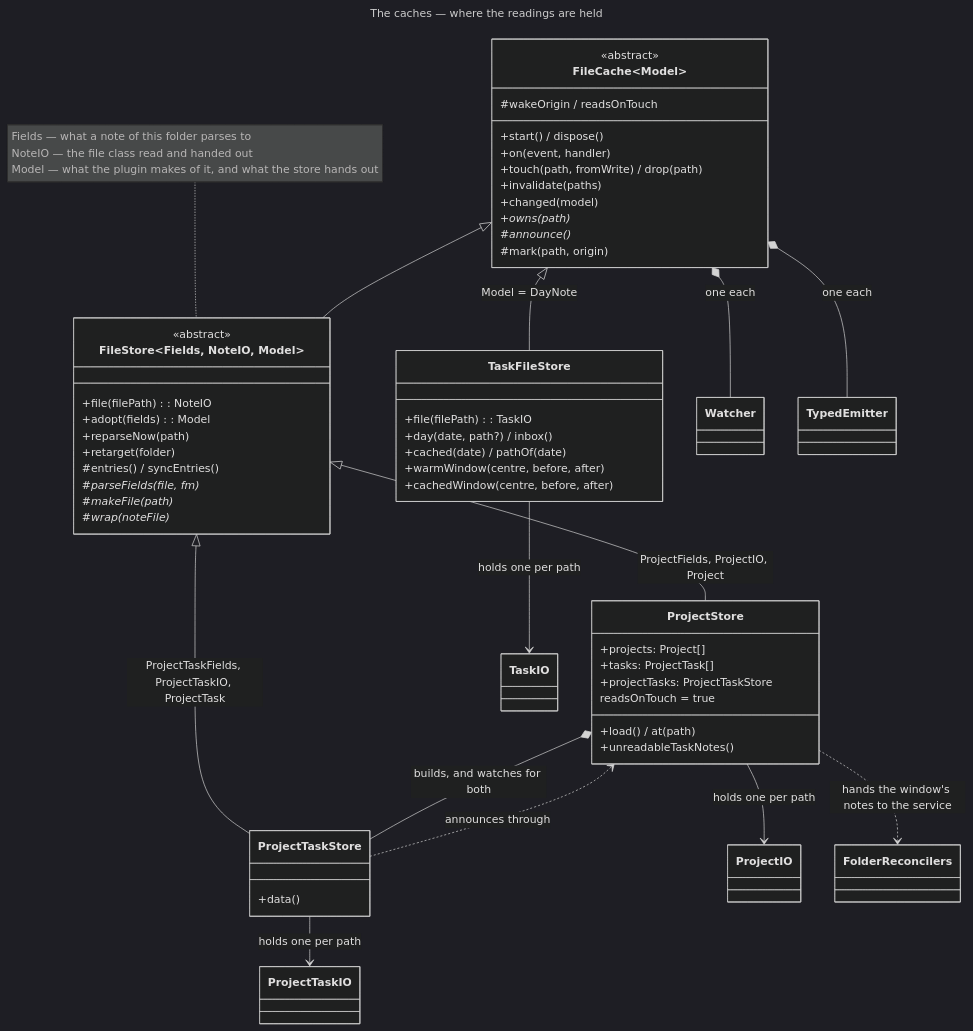
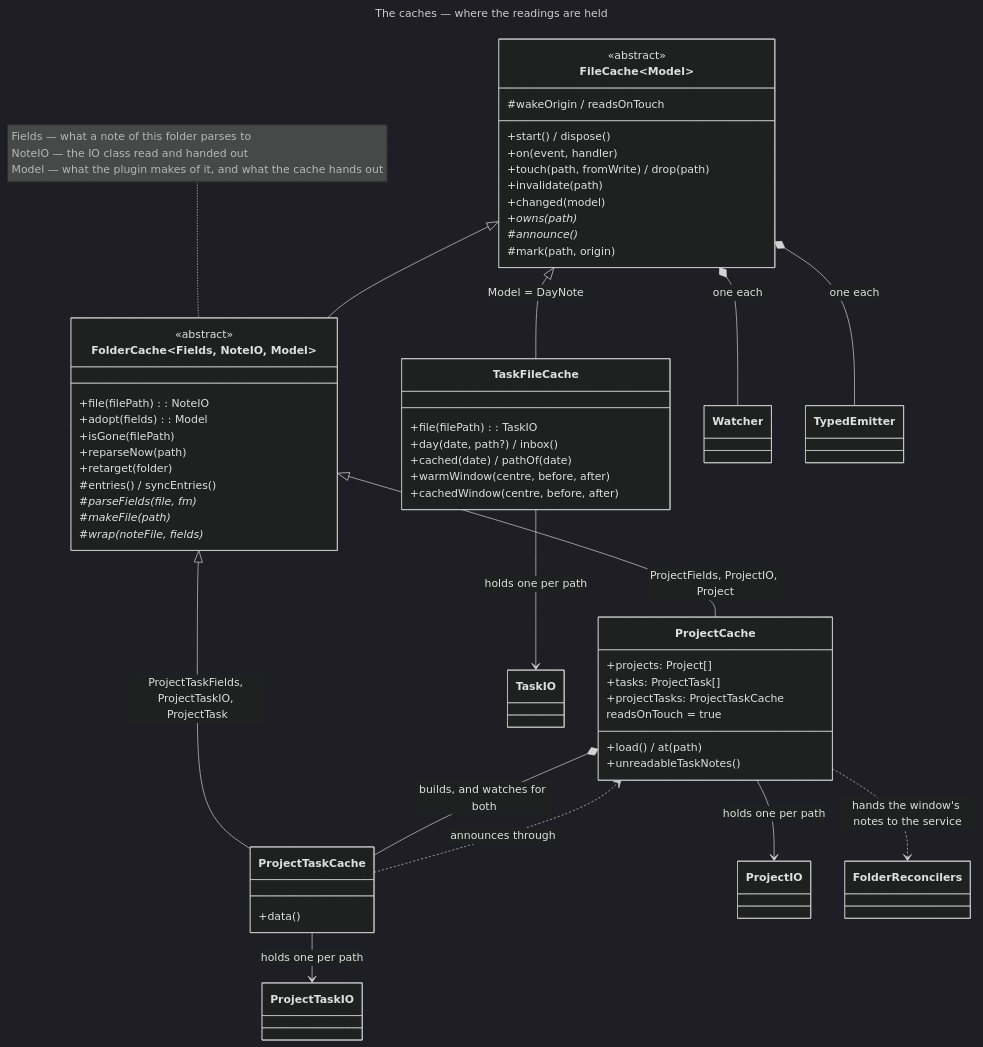
One commit to Laurent-Ferier/pm-compass changed the sixth of 10 diagrams in docs/technical/data-model.md. Above: the diagram before and after it, drawn with Mermaid (dark theme). The commit also changed other lines of this file and 104 other files, not shown here.

````diff
--- a/docs/technical/data-model.md
+++ b/docs/technical/data-model.md
@@ -608,69 +684,70 @@
 ```mermaid
 ---
 title: The caches — where the readings are held
 ---
 classDiagram
   direction TB
 
   class FileCache~Model~ {
     <<abstract>>
     +start() / dispose()
     +on(event, handler)
     +touch(path, fromWrite) / drop(path)
-    +invalidate(paths)
+    +invalidate(path)
     +changed(model)
     +owns(path)*
     #announce()*
     #mark(path, origin)
     #wakeOrigin / readsOnTouch
   }
 
-  class FileStore~Fields, NoteIO, Model~ {
+  class FolderCache~Fields, NoteIO, Model~ {
     <<abstract>>
     +file(filePath): NoteIO
     +adopt(fields): Model
+    +isGone(filePath)
     +reparseNow(path)
     +retarget(folder)
     #entries() / syncEntries()
     #parseFields(file, fm)*
     #makeFile(path)*
-    #wrap(noteFile)*
+    #wrap(noteFile, fields)*
   }
 
-  class ProjectStore {
+  class ProjectCache {
     +projects: Project[]
     +tasks: ProjectTask[]
-    +projectTasks: ProjectTaskStore
+    +projectTasks: ProjectTaskCache
     +load() / at(path)
     +unreadableTaskNotes()
     readsOnTouch = true
   }
 
-  class ProjectTaskStore {
+  class ProjectTaskCache {
     +data()
   }
 
-  class TaskFileStore {
+  class TaskFileCache {
     +file(filePath): TaskIO
     +day(date, path?) / inbox()
     +cached(date) / pathOf(date)
     +warmWindow(centre, before, after)
     +cachedWindow(centre, before, after)
   }
 
-  note for FileStore "Fields — what a note of this folder parses to<br/>NoteIO — the file class read and handed out<br/>Model — what the plugin makes of it, and what the store hands out"
+  note for FolderCache "Fields — what a note of this folder parses to<br/>NoteIO — the IO class read and handed out<br/>Model — what the plugin makes of it, and what the cache hands out"
 
-  FileCache <|-- FileStore
-  FileCache <|-- TaskFileStore : Model = DayNote
-  FileStore <|-- ProjectStore : ProjectFields, ProjectIO, Project
-  FileStore <|-- ProjectTaskStore : ProjectTaskFields, ProjectTaskIO, ProjectTask
+  FileCache <|-- FolderCache
+  FileCache <|-- TaskFileCache : Model = DayNote
+  FolderCache <|-- ProjectCache : ProjectFields, ProjectIO, Project
+  FolderCache <|-- ProjectTaskCache : ProjectTaskFields, ProjectTaskIO, ProjectTask
 
-  ProjectStore *-- ProjectTaskStore : builds, and watches for both
+  ProjectCache *-- ProjectTaskCache : builds, and watches for both
   FileCache *-- Watcher : one each
   FileCache *-- TypedEmitter : one each
-  ProjectStore --> ProjectIO : holds one per path
-  ProjectTaskStore --> ProjectTaskIO : holds one per path
-  TaskFileStore --> TaskIO : holds one per path
-  ProjectTaskStore ..> ProjectStore : announces through
-  ProjectStore ..> FolderReconcilers : hands the window's notes to the service
+  ProjectCache --> ProjectIO : holds one per path
+  ProjectTaskCache --> ProjectTaskIO : holds one per path
+  TaskFileCache --> TaskIO : holds one per path
+  ProjectTaskCache ..> ProjectCache : announces through
+  ProjectCache ..> FolderReconcilers : hands the window's notes to the service
 ```
````
